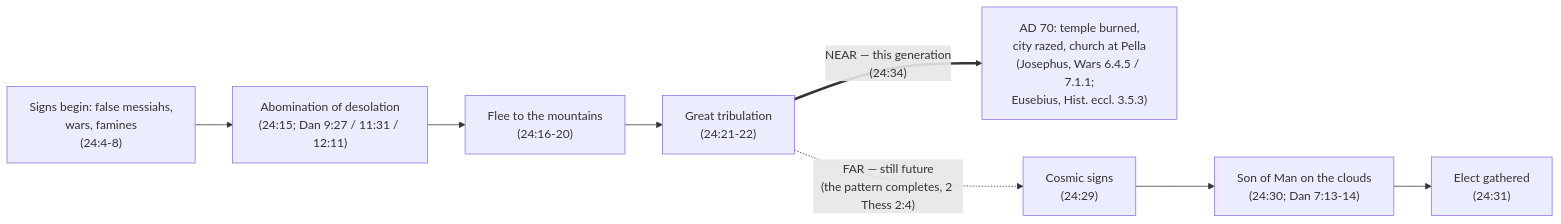
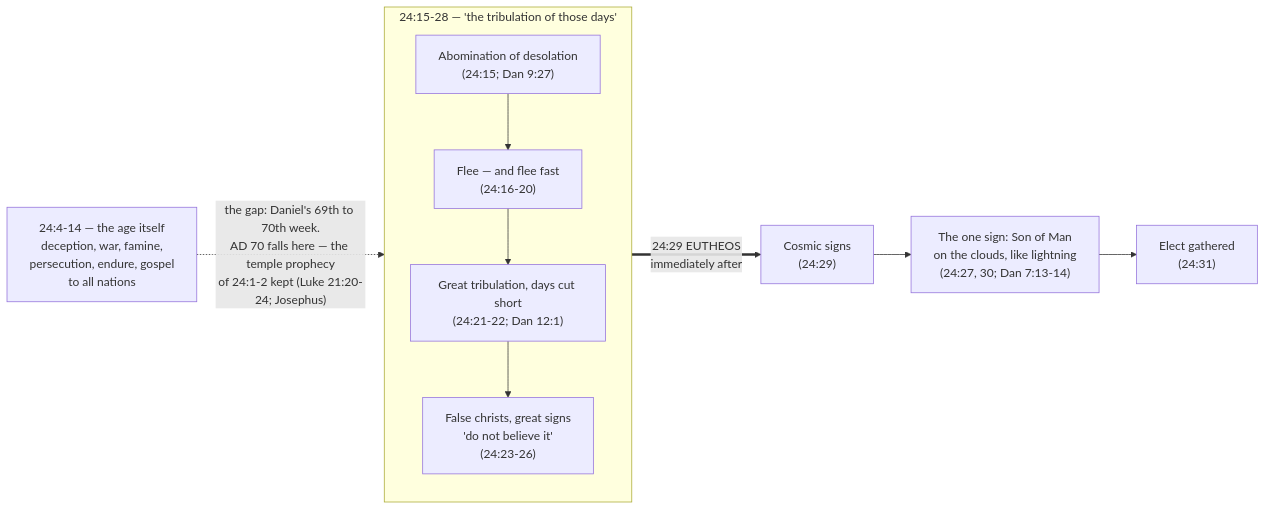
One commit to ding0t/bible_studies changed the third of 6 diagrams in docs/content/last-things/olivet-discourse.md. Above: the diagram before and after it, drawn with Mermaid. The commit also changed other lines of this file and 3 other files, not shown here.

````diff
--- a/docs/content/last-things/olivet-discourse.md
+++ b/docs/content/last-things/olivet-discourse.md
@@ -358,10 +427,14 @@
 ```mermaid
 flowchart LR
-    A["Signs begin: false messiahs,<br/>wars, famines<br/>(24:4-8)"] --> B["Abomination of desolation<br/>(24:15; Dan 9:27 / 11:31 / 12:11)"]
-    B --> C["Flee to the mountains<br/>(24:16-20)"]
-    C --> D["Great tribulation<br/>(24:21-22)"]
-    D ==>|"NEAR — this generation<br/>(24:34)"| E["AD 70: temple burned,<br/>city razed, church at Pella<br/>(Josephus, Wars 6.4.5 / 7.1.1;<br/>Eusebius, Hist. eccl. 3.5.3)"]
-    D -.->|"FAR — still future<br/>(the pattern completes, 2 Thess 2:4)"| F["Cosmic signs<br/>(24:29)"]
-    F --> G["Son of Man on the clouds<br/>(24:30; Dan 7:13-14)"]
+    A["24:4-14 — the age itself<br/>deception, war, famine,<br/>persecution, endure, gospel<br/>to all nations"]
+    A -.->|"the gap: Daniel's 69th to 70th week.<br/>AD 70 falls here — the temple prophecy<br/>of 24:1-2 kept (Luke 21:20-24; Josephus)"| B
+    subgraph TRIB["24:15-28 — 'the tribulation of those days'"]
+      direction TB
+      B["Abomination of desolation<br/>(24:15; Dan 9:27)"] --> C["Flee — and flee fast<br/>(24:16-20)"]
+      C --> D["Great tribulation, days cut short<br/>(24:21-22; Dan 12:1)"]
+      D --> E["False christs, great signs<br/>'do not believe it'<br/>(24:23-26)"]
+    end
+    TRIB ==>|"24:29 EUTHEOS<br/>immediately after"| F["Cosmic signs<br/>(24:29)"]
+    F --> G["The one sign: Son of Man<br/>on the clouds, like lightning<br/>(24:27, 30; Dan 7:13-14)"]
     G --> H["Elect gathered<br/>(24:31)"]
 ```
````
